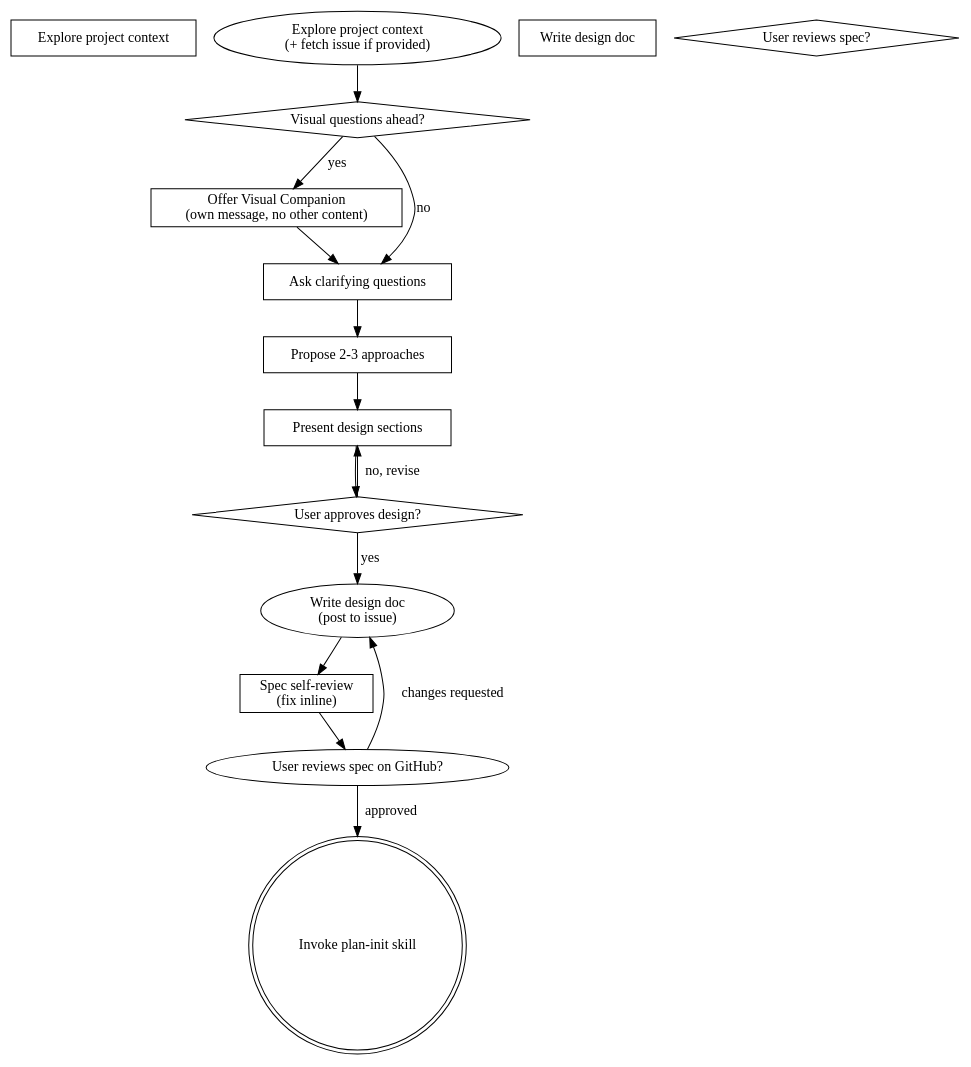
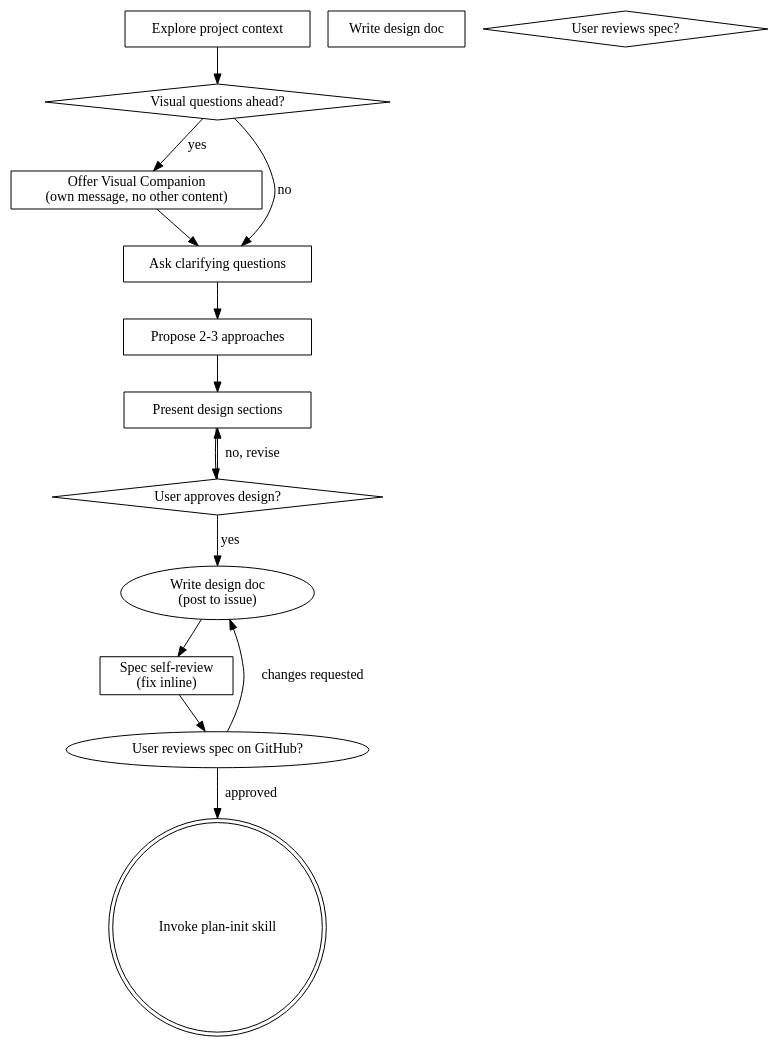
One commit to 0k-software/.github changed the diagram in 0k/skills/brainstorming/SKILL.md. Above: the diagram before and after it, drawn with Graphviz.

Commit message:
fix(brainstorming): clean up stale annotation in process flow graph

````diff
--- a/0k/skills/brainstorming/SKILL.md
+++ b/0k/skills/brainstorming/SKILL.md
@@ -64,29 +64,29 @@
 ```dot
 digraph brainstorming {
     "Explore project context" [shape=box];
     "Visual questions ahead?" [shape=diamond];
     "Offer Visual Companion\n(own message, no other content)" [shape=box];
     "Ask clarifying questions" [shape=box];
     "Propose 2-3 approaches" [shape=box];
     "Present design sections" [shape=box];
     "User approves design?" [shape=diamond];
     "Write design doc" [shape=box];
     "Spec self-review\n(fix inline)" [shape=box];
     "User reviews spec?" [shape=diamond];
     "Invoke plan-init skill" [shape=doublecircle];
 
-    "Explore project context\n(+ fetch issue if provided)" -> "Visual questions ahead?";
+    "Explore project context" -> "Visual questions ahead?";
     "Visual questions ahead?" -> "Offer Visual Companion\n(own message, no other content)" [label="yes"];
     "Visual questions ahead?" -> "Ask clarifying questions" [label="no"];
     "Offer Visual Companion\n(own message, no other content)" -> "Ask clarifying questions";
     "Ask clarifying questions" -> "Propose 2-3 approaches";
     "Propose 2-3 approaches" -> "Present design sections";
     "Present design sections" -> "User approves design?";
     "User approves design?" -> "Present design sections" [label="no, revise"];
     "User approves design?" -> "Write design doc\n(post to issue)" [label="yes"];
     "Write design doc\n(post to issue)" -> "Spec self-review\n(fix inline)";
     "Spec self-review\n(fix inline)" -> "User reviews spec on GitHub?";
     "User reviews spec on GitHub?" -> "Write design doc\n(post to issue)" [label="changes requested"];
     "User reviews spec on GitHub?" -> "Invoke plan-init skill" [label="approved"];
 }
 ```
````
